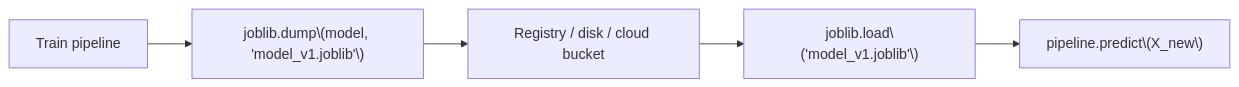
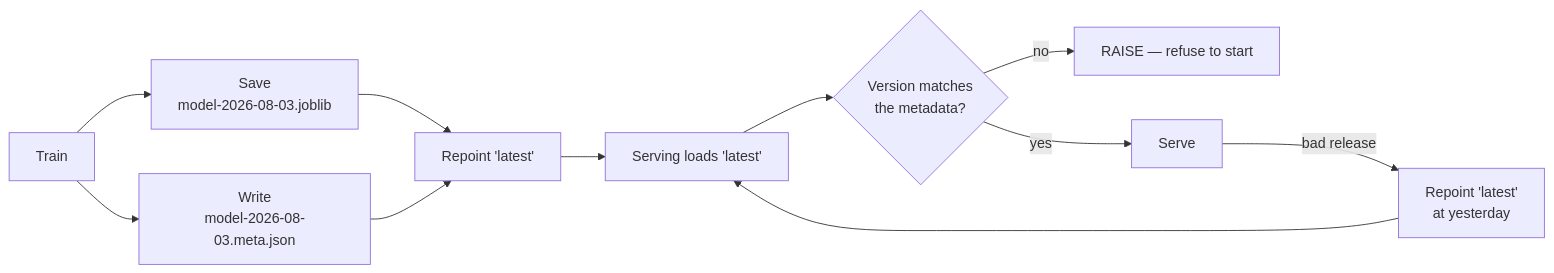
The second of 2 diagrams in src/content/docs/Machine Learning/Phase 08 - Model Deployment (MLOps)/Saving and Loading Models (Pickle, Joblib).mdx (Ravikisha/PythonCentralHub), drawn with Mermaid before and after one commit. The commit also changed other lines of this file and 1327 other files, not shown here.

````diff
--- a/src/content/docs/Machine Learning/Phase 08 - Model Deployment (MLOps)/Saving and Loading Models (Pickle, Joblib).mdx
+++ b/src/content/docs/Machine Learning/Phase 08 - Model Deployment (MLOps)/Saving and Loading Models (Pickle, Joblib).mdx
@@ -43,7 +257,13 @@
 ```mermaid
 flowchart LR
-  T["Train pipeline"] --> S["joblib.dump\(model, 'model_v1.joblib'\)"]
-  S --> R["Registry / disk / cloud bucket"]
-  R --> L["joblib.load\('model_v1.joblib'\)"]
-  L --> P["pipeline.predict\(X_new\)"]
+  T["Train"] --> S["Save<br/>model-2026-08-03.joblib"]
+  T --> M["Write<br/>model-2026-08-03.meta.json"]
+  S --> P["Repoint 'latest'"]
+  M --> P
+  P --> L["Serving loads 'latest'"]
+  L --> V{"Version matches<br/>the metadata?"}
+  V -->|"no"| X["RAISE — refuse to start"]
+  V -->|"yes"| R["Serve"]
+  R -->|"bad release"| B["Repoint 'latest'<br/>at yesterday"]
+  B --> L
 ```
````
